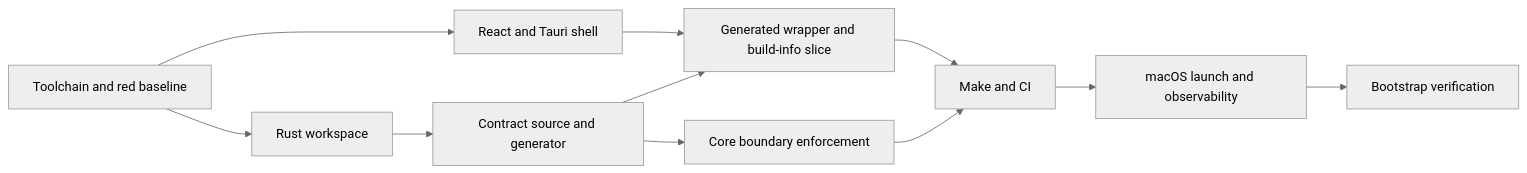
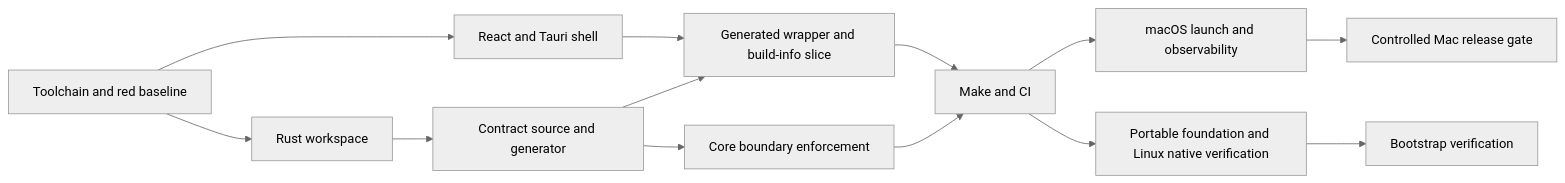
One commit to fallrising/newclear changed the diagram in apps/flowshot/docs/tasks/N00/00-implementation-plan.md. Above: the diagram before and after it, drawn with Mermaid (neutral theme). The commit also changed other lines of this file and 119 other files, not shown here.

Commit message:
feat(flowshot): complete Linux M0 foundation and SQLite persistence

````diff
--- a/apps/flowshot/docs/tasks/N00/00-implementation-plan.md
+++ b/apps/flowshot/docs/tasks/N00/00-implementation-plan.md
@@ -120,13 +120,15 @@
 ```mermaid
 graph LR
   T01[Toolchain and red baseline] --> T02[Rust workspace]
   T01 --> T03[React and Tauri shell]
   T02 --> T04[Contract source and generator]
   T03 --> T05[Generated wrapper and build-info slice]
   T04 --> T05
   T04 --> T06[Core boundary enforcement]
   T05 --> T07[Make and CI]
   T06 --> T07
   T07 --> T08[macOS launch and observability]
-  T08 --> T09[Bootstrap verification]
+  T07 --> T10[Portable foundation and Linux native verification]
+  T10 --> T09[Bootstrap verification]
+  T08 --> Release[Controlled Mac release gate]
 ```
````
